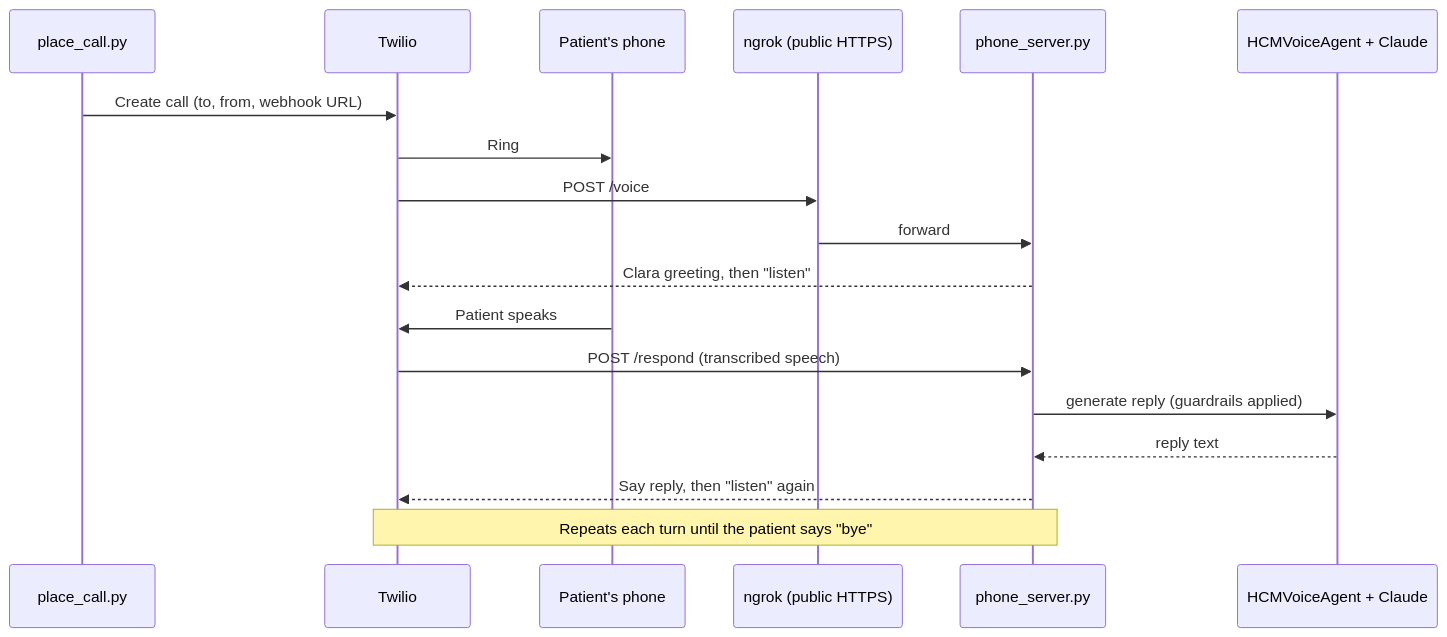
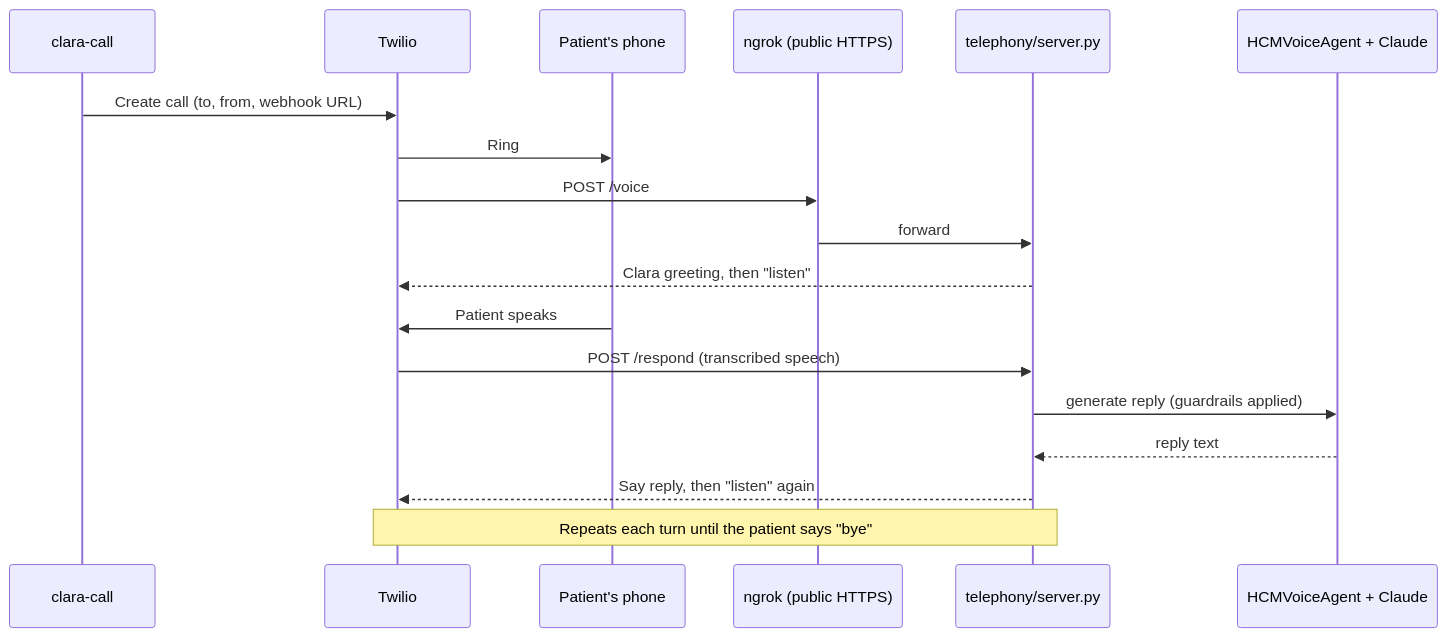
Before and after one commit to yashvadlamani/hcm-agent: the diagram in docs/GETTING_STARTED.md, drawn with Mermaid. The commit also changed other lines of this file and 31 other files, not shown here.

````diff
--- a/docs/GETTING_STARTED.md
+++ b/docs/GETTING_STARTED.md
@@ -39,21 +39,21 @@
 ```mermaid
 sequenceDiagram
-    participant Dev as place_call.py
+    participant Dev as clara-call
     participant T as Twilio
     participant P as Patient's phone
     participant N as ngrok (public HTTPS)
-    participant S as phone_server.py
+    participant S as telephony/server.py
     participant A as HCMVoiceAgent + Claude
 
     Dev->>T: Create call (to, from, webhook URL)
     T->>P: Ring
     T->>N: POST /voice
     N->>S: forward
     S-->>T: Clara greeting, then "listen"
     P->>T: Patient speaks
     T->>S: POST /respond (transcribed speech)
     S->>A: generate reply (guardrails applied)
     A-->>S: reply text
     S-->>T: Say reply, then "listen" again
     Note over T,S: Repeats each turn until the patient says "bye"
 ```
````
